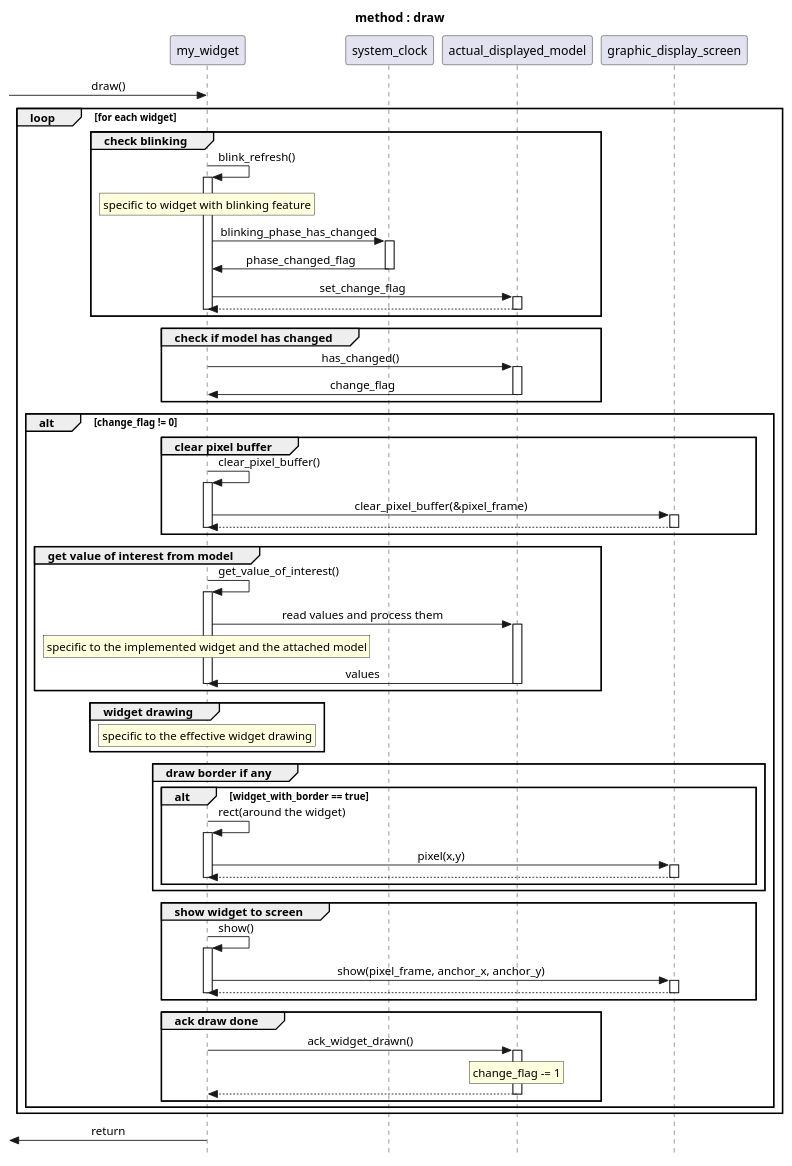
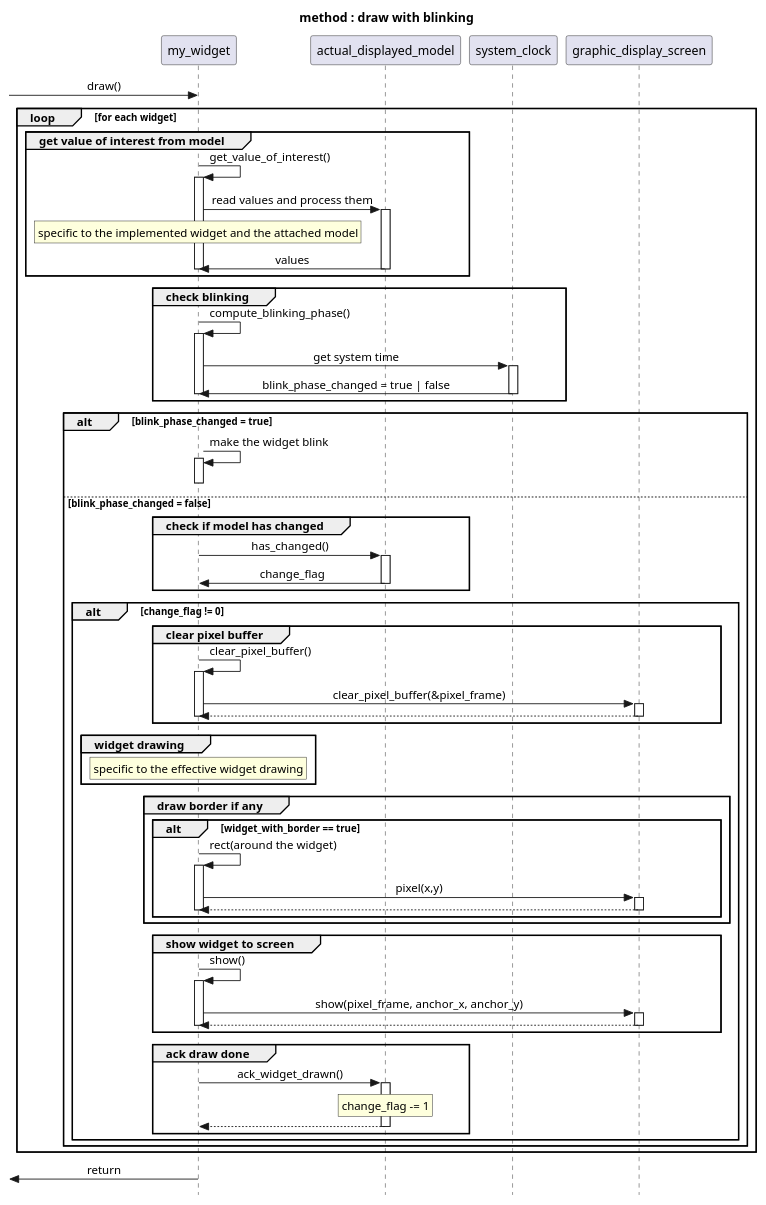
One commit to xiansnn/CPP_DevKit2 changed the first of 2 diagrams in docs/uml/draw_if_changed_scenario.puml. Above: the diagram before and after it, drawn with PlantUML. The commit also changed other lines of this file and 2 other files, not shown here.

Commit message:
update uml

```diff
--- a/docs/uml/draw_if_changed_scenario.puml
+++ b/docs/uml/draw_if_changed_scenario.puml
@@ -1,66 +1,71 @@
-@startuml draw
-title method : draw
+@startuml draw_with_blinking
+title method : draw with blinking
 skinparam style strictuml
 skinparam SequenceMessageAlignment center
 
 [-> my_widget : draw()
     
 loop for each widget
-group check blinking
-my_widget -> my_widget ++ : blink_refresh()
-rnote over my_widget : specific to widget with blinking feature
-my_widget -> system_clock ++ : blinking_phase_has_changed
-my_widget <- system_clock --: phase_changed_flag
-my_widget -> actual_displayed_model ++ : set_change_flag
-return
+group get value of interest from model
+my_widget->my_widget ++: get_value_of_interest()
+actual_displayed_model <- my_widget ++: read values and process them
+rnote over my_widget : specific to the implemented widget and the attached model
+actual_displayed_model -> my_widget --: values
 deactivate my_widget
 end
+group check blinking
+my_widget -> my_widget ++ : compute_blinking_phase()
+my_widget -> system_clock ++ : get system time
+my_widget <- system_clock --: blink_phase_changed = true | false
+deactivate my_widget
+end
+
+alt blink_phase_changed = true
+my_widget -> my_widget ++: make the widget blink
+deactivate my_widget
+    
+else blink_phase_changed = false
+    
 
 
 group check if model has changed
 actual_displayed_model <- my_widget ++: has_changed()
 actual_displayed_model -> my_widget --: change_flag
 end
 alt change_flag != 0
 
 group clear pixel buffer
 my_widget -> my_widget ++: clear_pixel_buffer()
 my_widget -> graphic_display_screen ++: clear_pixel_buffer(&pixel_frame)
 return
-deactivate my_widget
-end
-group get value of interest from model
-my_widget->my_widget ++: get_value_of_interest()
-actual_displayed_model <- my_widget ++: read values and process them
-rnote over my_widget : specific to the implemented widget and the attached model
-actual_displayed_model -> my_widget --: values
 deactivate my_widget
 end
 group widget drawing
 rnote over my_widget : specific to the effective widget drawing
 end
 
 group draw border if any
 alt widget_with_border == true
 my_widget -> my_widget ++: rect(around the widget)
 my_widget -> graphic_display_screen ++: pixel(x,y)
 return
 deactivate my_widget
 end
 end
 group show widget to screen
 my_widget-> my_widget ++ : show()
 my_widget -> graphic_display_screen ++: show(pixel_frame, anchor_x, anchor_y)
 return
 deactivate my_widget
 end
 
 group ack draw done 
 my_widget -> actual_displayed_model ++: ack_widget_drawn()
 rnote over actual_displayed_model : change_flag -= 1
 return
 end
 end
 end
+end
 [<- my_widget: return
 @enduml
```
